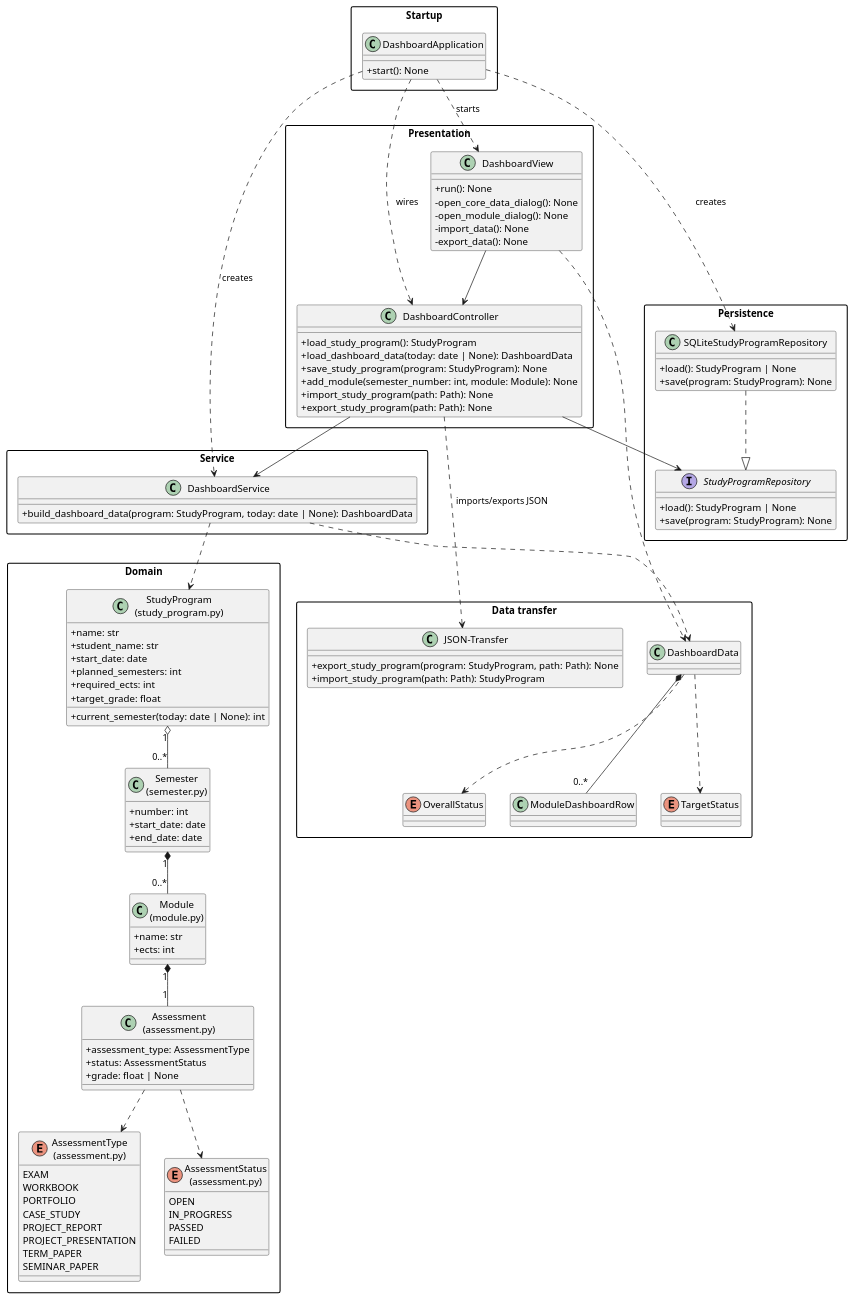
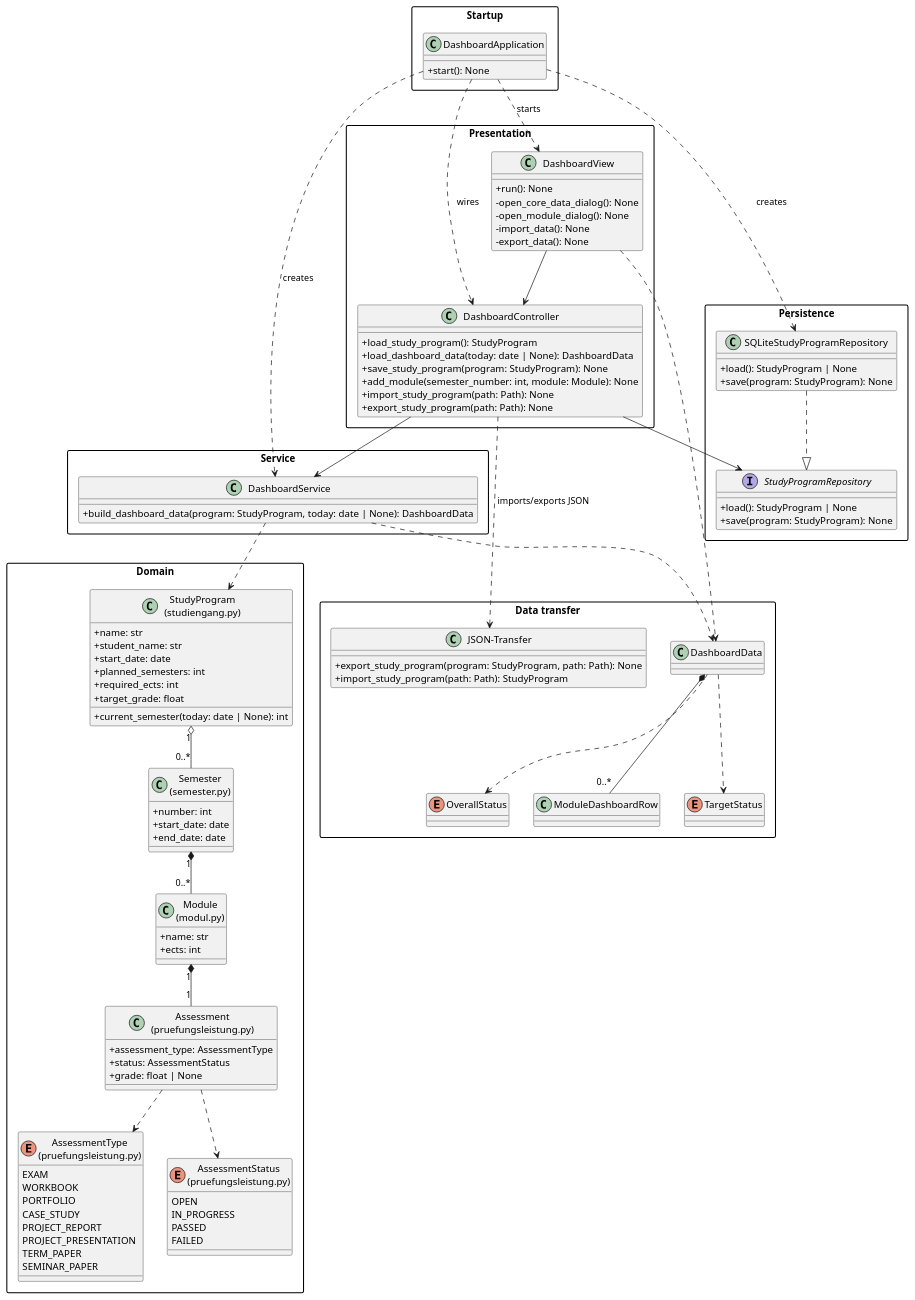
The diagram in Dashboard/docs/architecture.puml (mariusburkhardt/Dashboard), drawn with PlantUML before and after one commit. The commit also changed 6 other files, not shown here.

```diff
--- a/Dashboard/docs/architecture.puml
+++ b/Dashboard/docs/architecture.puml
@@ -1,129 +1,129 @@
 @startuml
 skinparam packageStyle rectangle
 skinparam classAttributeIconSize 0
 
 package "Domain" {
-    class "StudyProgram\n(study_program.py)" as StudyProgram {
+    class "StudyProgram\n(studiengang.py)" as StudyProgram {
         +name: str
         +student_name: str
         +start_date: date
         +planned_semesters: int
         +required_ects: int
         +target_grade: float
         +current_semester(today: date | None): int
     }
 
     class "Semester\n(semester.py)" as Semester {
         +number: int
         +start_date: date
         +end_date: date
     }
 
-    class "Module\n(module.py)" as Module {
+    class "Module\n(modul.py)" as Module {
         +name: str
         +ects: int
     }
 
-    class "Assessment\n(assessment.py)" as Assessment {
+    class "Assessment\n(pruefungsleistung.py)" as Assessment {
         +assessment_type: AssessmentType
         +status: AssessmentStatus
         +grade: float | None
     }
 
-    enum "AssessmentType\n(assessment.py)" as AssessmentType {
+    enum "AssessmentType\n(pruefungsleistung.py)" as AssessmentType {
         EXAM
         WORKBOOK
         PORTFOLIO
         CASE_STUDY
         PROJECT_REPORT
         PROJECT_PRESENTATION
         TERM_PAPER
         SEMINAR_PAPER
     }
 
-    enum "AssessmentStatus\n(assessment.py)" as AssessmentStatus {
+    enum "AssessmentStatus\n(pruefungsleistung.py)" as AssessmentStatus {
         OPEN
         IN_PROGRESS
         PASSED
         FAILED
     }
 }
 
 package "Service" {
     class DashboardService {
         +build_dashboard_data(program: StudyProgram, today: date | None): DashboardData
     }
 }
 
 package "Data transfer" {
     class DashboardData
     class ModuleDashboardRow
     enum TargetStatus
     enum OverallStatus
     DashboardData *-- "0..*" ModuleDashboardRow
     DashboardData ..> TargetStatus
     DashboardData ..> OverallStatus
 }
 
 package "Persistence" {
     interface StudyProgramRepository {
         +load(): StudyProgram | None
         +save(program: StudyProgram): None
     }
 
     class SQLiteStudyProgramRepository {
         +load(): StudyProgram | None
         +save(program: StudyProgram): None
     }
 }
 
 package "Data transfer" {
     class "JSON-Transfer" as JsonTransfer {
         +export_study_program(program: StudyProgram, path: Path): None
         +import_study_program(path: Path): StudyProgram
     }
 }
 
 package "Presentation" {
     class DashboardController {
         +load_study_program(): StudyProgram
         +load_dashboard_data(today: date | None): DashboardData
         +save_study_program(program: StudyProgram): None
         +add_module(semester_number: int, module: Module): None
         +import_study_program(path: Path): None
         +export_study_program(path: Path): None
     }
 
     class DashboardView {
         +run(): None
         -open_core_data_dialog(): None
         -open_module_dialog(): None
         -import_data(): None
         -export_data(): None
     }
 }
 
 package "Startup" {
     class DashboardApplication {
         +start(): None
     }
 }
 
 StudyProgram "1" o-- "0..*" Semester
 Semester "1" *-- "0..*" Module
 Module "1" *-- "1" Assessment
 Assessment ..> AssessmentType
 Assessment ..> AssessmentStatus
 SQLiteStudyProgramRepository ..|> StudyProgramRepository
 DashboardService ..> StudyProgram
 DashboardService ..> DashboardData
 DashboardController --> DashboardService
 DashboardController --> StudyProgramRepository
 DashboardView --> DashboardController
 DashboardView ..> DashboardData
 DashboardController ..> JsonTransfer : imports/exports JSON
 DashboardApplication ..> SQLiteStudyProgramRepository : creates
 DashboardApplication ..> DashboardService : creates
 DashboardApplication ..> DashboardController : wires
 DashboardApplication ..> DashboardView : starts
 @enduml
```
